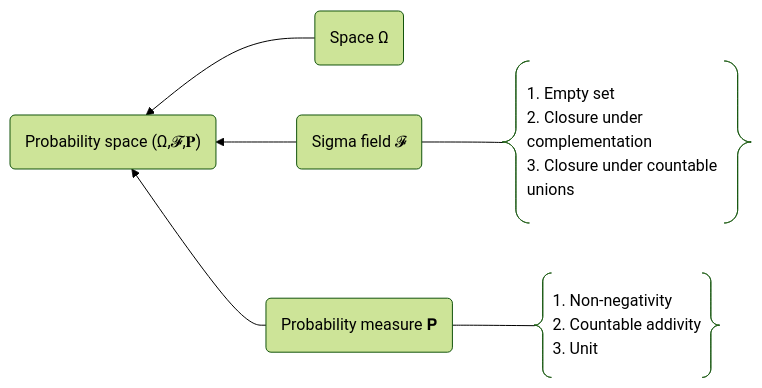
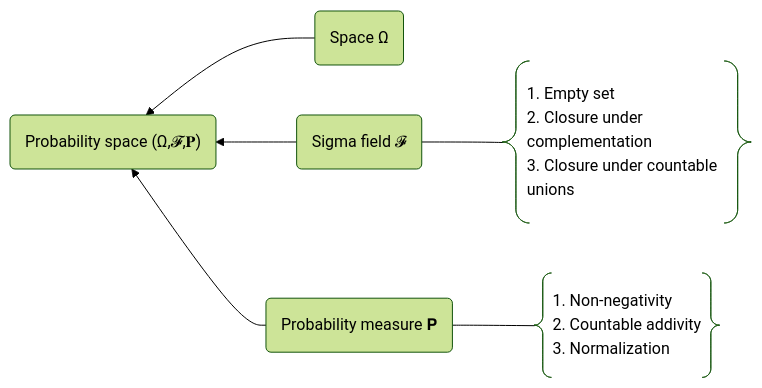
The diagram in content/Probability.md (zcysxy/note), drawn with Mermaid (forest theme) before and after one commit. The commit also changed other lines of this file and 244 other files, not shown here.

````diff
--- a/content/Probability.md
+++ b/content/Probability.md
@@ -26,11 +26,11 @@
 ```mermaid
 graph RL
 A("Probability space (Ω,𝓕,𝐏)")
 O("Space Ω") --> A
 F("Sigma field 𝓕") --> A
 F1@{shape: braces, label: "1\\. Empty set<br>2. Closure under complementation<br>3. Closure under countable unions"} --- F
 P("Probability measure 𝐏") --> A
-P1@{shape: braces, label: "1\\. Non-negativity<br>2. Countable addivity<br>3. Unit"} --- P
+P1@{shape: braces, label: "1\\. Non-negativity<br>2. Countable addivity<br>3. Normalization"} --- P
 style P1 text-align:left
 style F1 text-align:left
 ```
````
